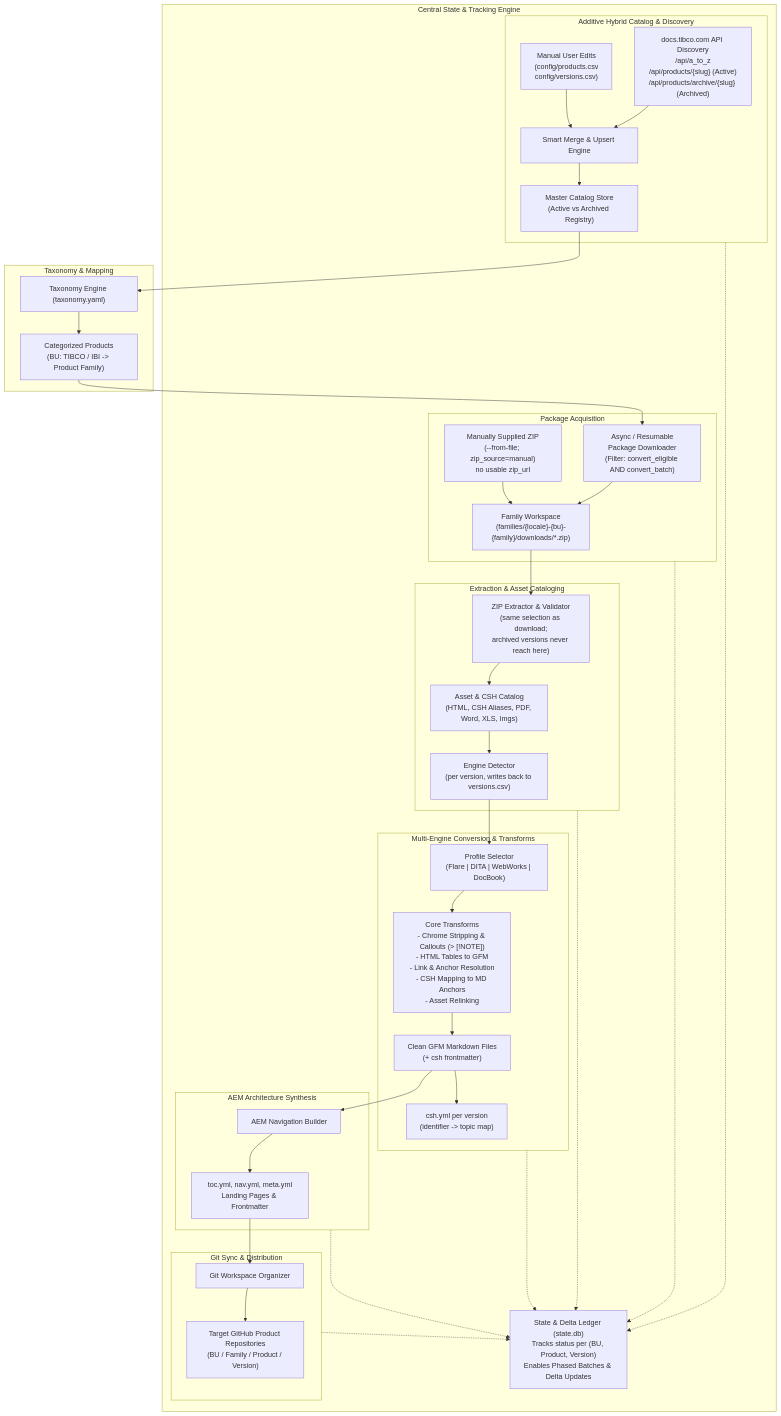
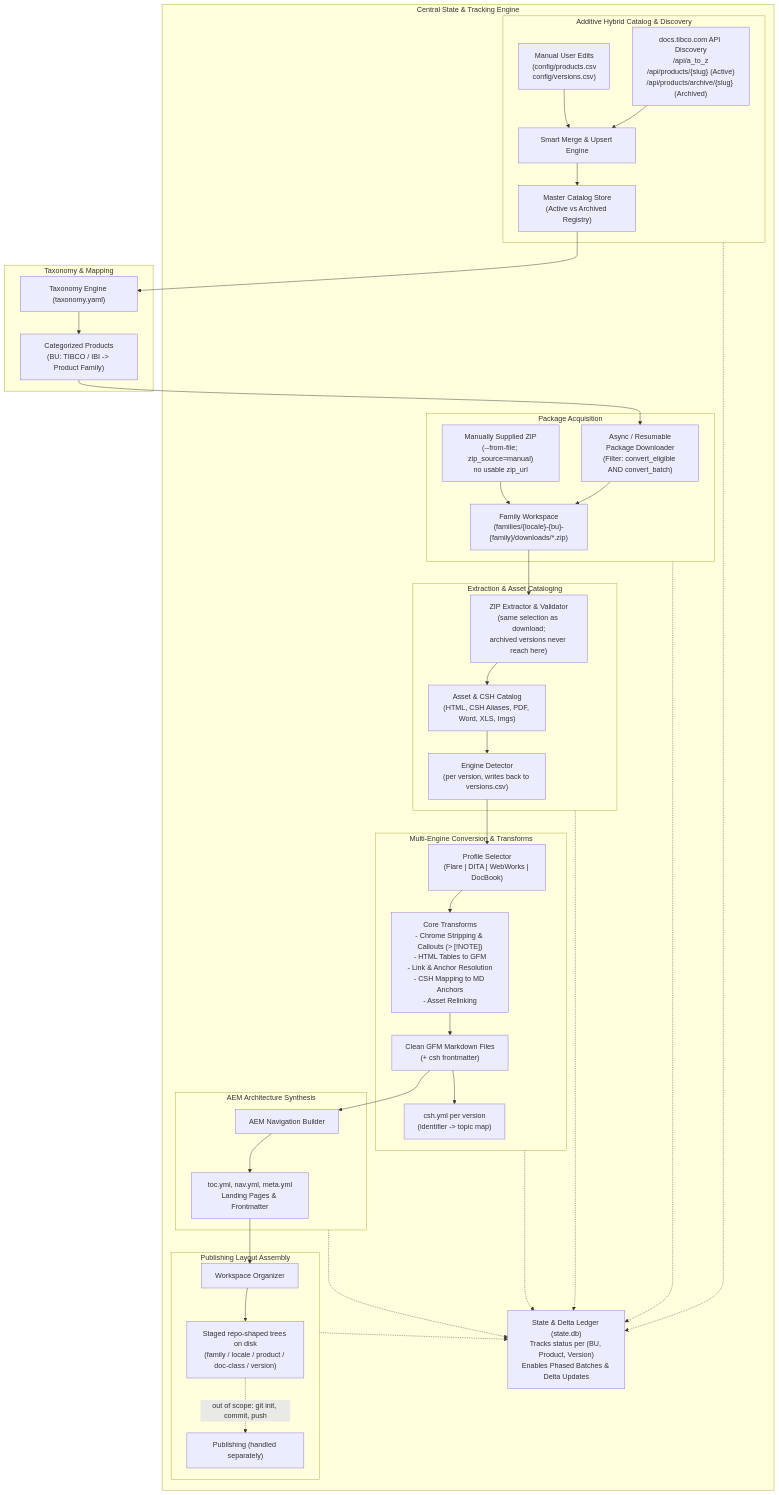
The diagram in docs/architecture.md (magrawal-tibco/docushift-tool), drawn with Mermaid before and after one commit. The commit also changed other lines of this file and 13 other files, not shown here.

````diff
--- a/docs/architecture.md
+++ b/docs/architecture.md
@@ -17,52 +17,53 @@
 ```mermaid
 flowchart TD
     subgraph Catalog["Additive Hybrid Catalog & Discovery"]
         D1["docs.tibco.com API Discovery\n/api/a_to_z\n/api/products/{slug} (Active)\n/api/products/archive/{slug} (Archived)"] --> M1["Smart Merge & Upsert Engine"]
         M2["Manual User Edits\n(config/products.csv\nconfig/versions.csv)"] --> M1
         M1 --> CAT["Master Catalog Store\n(Active vs Archived Registry)"]
     end
 
     subgraph Taxonomy["Taxonomy & Mapping"]
         CAT --> T1["Taxonomy Engine (taxonomy.yaml)"]
         T1 --> T2["Categorized Products\n(BU: TIBCO / IBI -> Product Family)"]
     end
 
     subgraph Download["Package Acquisition"]
         T2 --> DW1["Async / Resumable\nPackage Downloader\n(Filter: convert_eligible AND convert_batch)"]
         DW1 --> DW2["Family Workspace\n(families/{locale}-{bu}-{family}/downloads/*.zip)"]
         MZ["Manually Supplied ZIP\n(--from-file; zip_source=manual)\nno usable zip_url"] --> DW2
     end
 
     subgraph Extract["Extraction & Asset Cataloging"]
         DW2 --> EX1["ZIP Extractor & Validator\n(same selection as download;\narchived versions never reach here)"]
         EX1 --> EX2["Asset & CSH Catalog\n(HTML, CSH Aliases, PDF, Word, XLS, Imgs)"]
         EX2 --> EX3["Engine Detector\n(per version, writes back to versions.csv)"]
     end
 
     subgraph Convert["Multi-Engine Conversion & Transforms"]
         EX3 --> C1["Profile Selector\n(Flare | DITA | WebWorks | DocBook)"]
         C1 --> C2["Core Transforms\n- Chrome Stripping & Callouts (> [!NOTE])\n- HTML Tables to GFM\n- Link & Anchor Resolution\n- CSH Mapping to MD Anchors\n- Asset Relinking"]
         C2 --> C3["Clean GFM Markdown Files\n(+ csh frontmatter)"]
         C3 --> C4["csh.yml per version\n(identifier -> topic map)"]
     end
 
     subgraph AEM["AEM Architecture Synthesis"]
         C3 --> AEM1["AEM Navigation Builder"]
         AEM1 --> AEM2["toc.yml, nav.yml, meta.yml\nLanding Pages & Frontmatter"]
     end
 
-    subgraph Sync["Git Sync & Distribution"]
-        AEM2 --> G1["Git Workspace Organizer"]
-        G1 --> G2["Target GitHub Product Repositories\n(BU / Family / Product / Version)"]
+    subgraph Sync["Publishing Layout Assembly"]
+        AEM2 --> G1["Workspace Organizer"]
+        G1 --> G2["Staged repo-shaped trees on disk\n(family / locale / product / doc-class / version)"]
+        G2 -.->|"out of scope: git init, commit, push"| G3["Publishing (handled separately)"]
     end
 
     subgraph Central["Central State & Tracking Engine"]
         ST["State & Delta Ledger (state.db)\nTracks status per (BU, Product, Version)\nEnables Phased Batches & Delta Updates"]
         Catalog -.-> ST
         Download -.-> ST
         Extract -.-> ST
         Convert -.-> ST
         AEM -.-> ST
         Sync -.-> ST
     end
 ```
````
